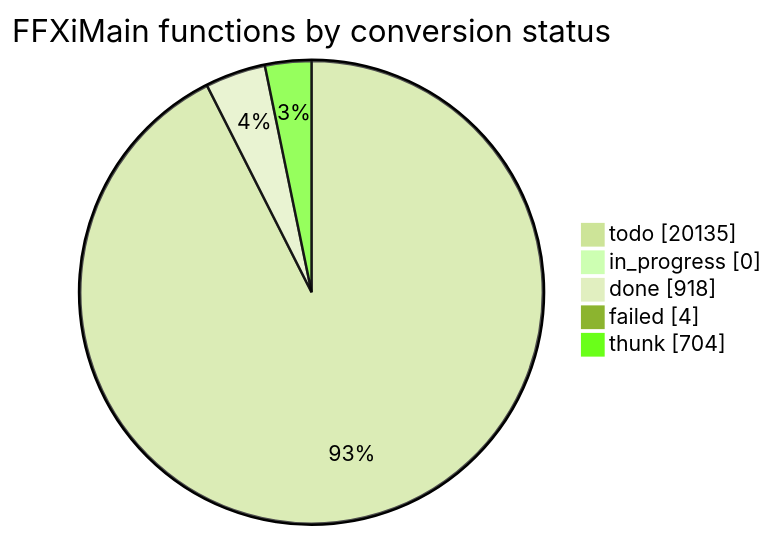
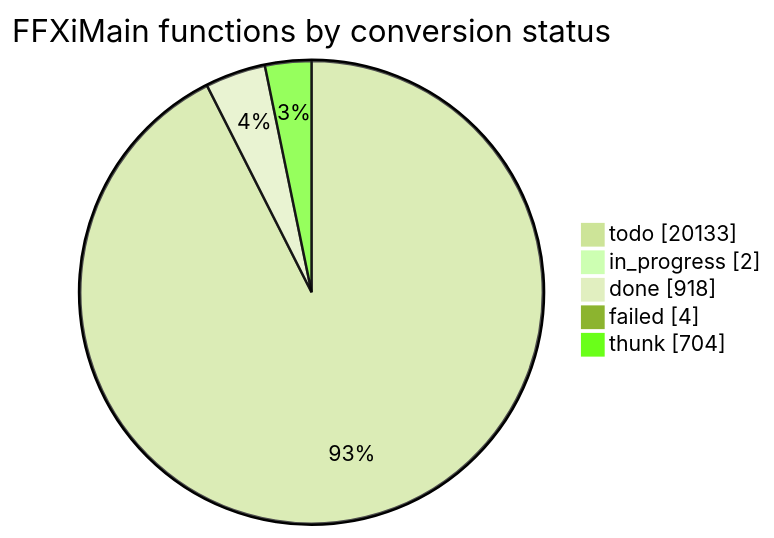
The diagram in docs/cow/STATUS.md (cowrevenge/cow_kuluu_xi_anything), drawn with Mermaid (forest theme) before and after one commit. The commit also changed other lines of this file and 7 other files, not shown here.

````diff
--- a/docs/cow/STATUS.md
+++ b/docs/cow/STATUS.md
@@ -18,9 +18,9 @@
 ```mermaid
 pie showData
     title FFXiMain functions by conversion status
-    "todo" : 20135
-    "in_progress" : 0
+    "todo" : 20133
+    "in_progress" : 2
     "done" : 918
     "failed" : 4
     "thunk" : 704
 ```
````
